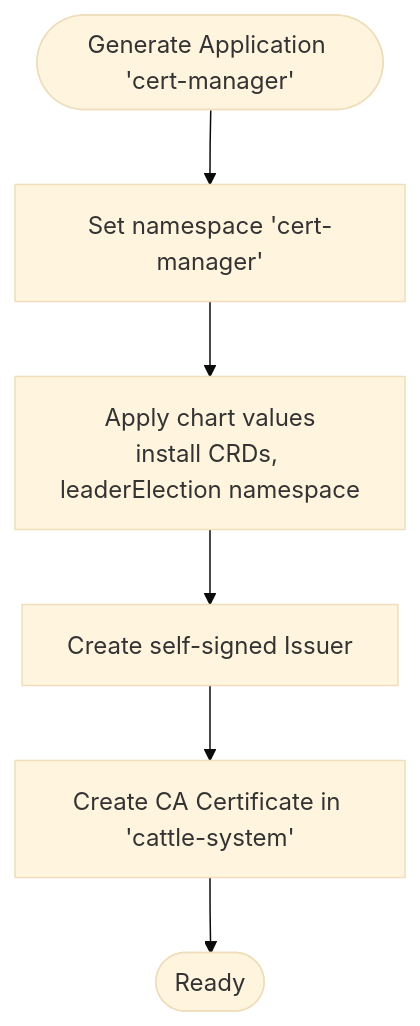
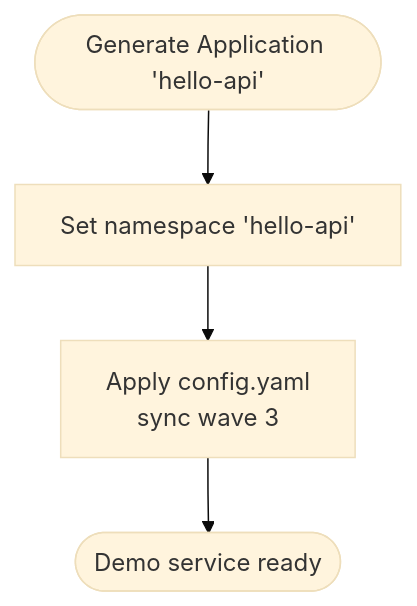
Before and after one commit to Hoangvu75/k8s_manifest: the third of 7 diagrams in .qoder/repowiki/en/content/Project Management/Playground Projects.md, drawn with Mermaid (base theme). The commit also changed other lines of this file and 24 other files, not shown here.

````diff
--- a/.qoder/repowiki/en/content/Project Management/Playground Projects.md
+++ b/.qoder/repowiki/en/content/Project Management/Playground Projects.md
@@ -138,8 +166,6 @@
 ```mermaid
 flowchart TD
-Start(["Generate Application 'cert-manager'"]) --> SetNS["Set namespace 'cert-manager'"]
-SetNS --> ApplyValues["Apply chart values<br/>install CRDs, leaderElection namespace"]
-ApplyValues --> CreateIssuer["Create self-signed Issuer"]
-CreateIssuer --> CreateCert["Create CA Certificate in 'cattle-system'"]
-CreateCert --> End(["Ready"])
+Start(["Generate Application 'hello-api'"]) --> SetNS["Set namespace 'hello-api'"]
+SetNS --> ApplyConfig["Apply config.yaml<br/>sync wave 3"]
+ApplyConfig --> End(["Demo service ready"])
 ```
````
